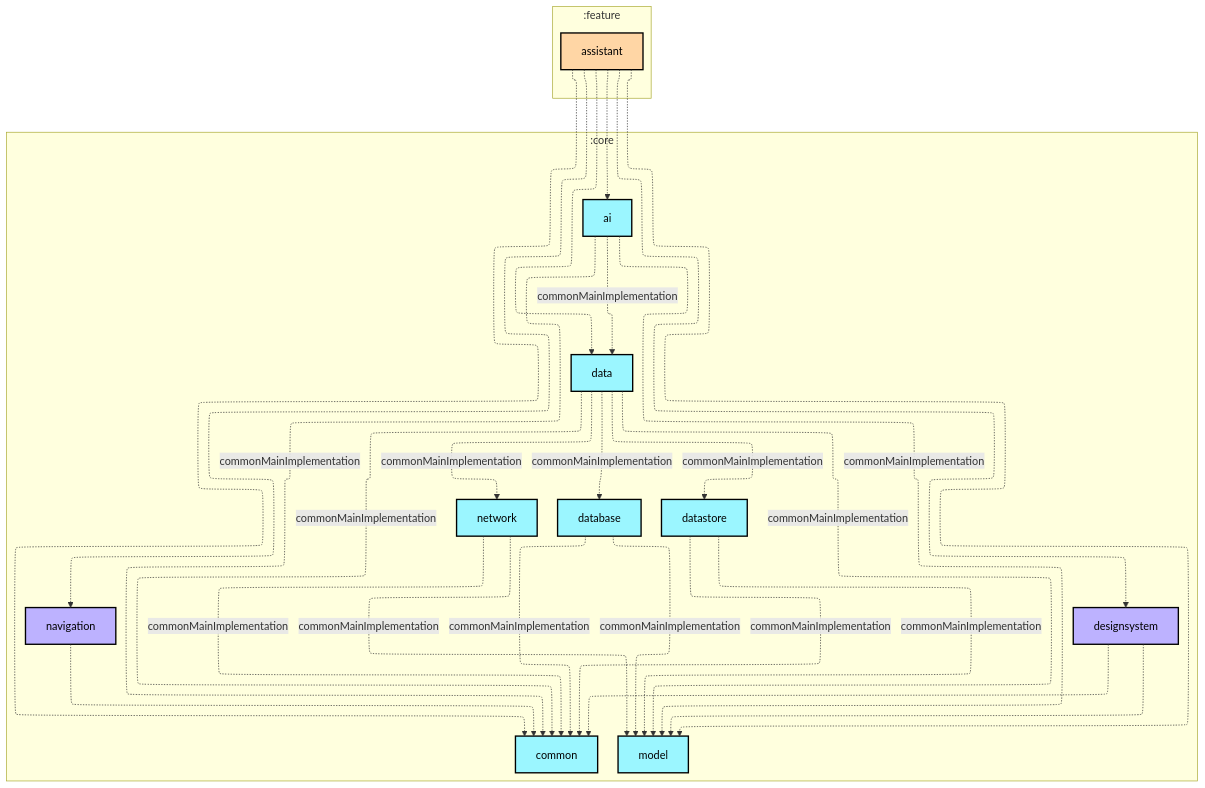
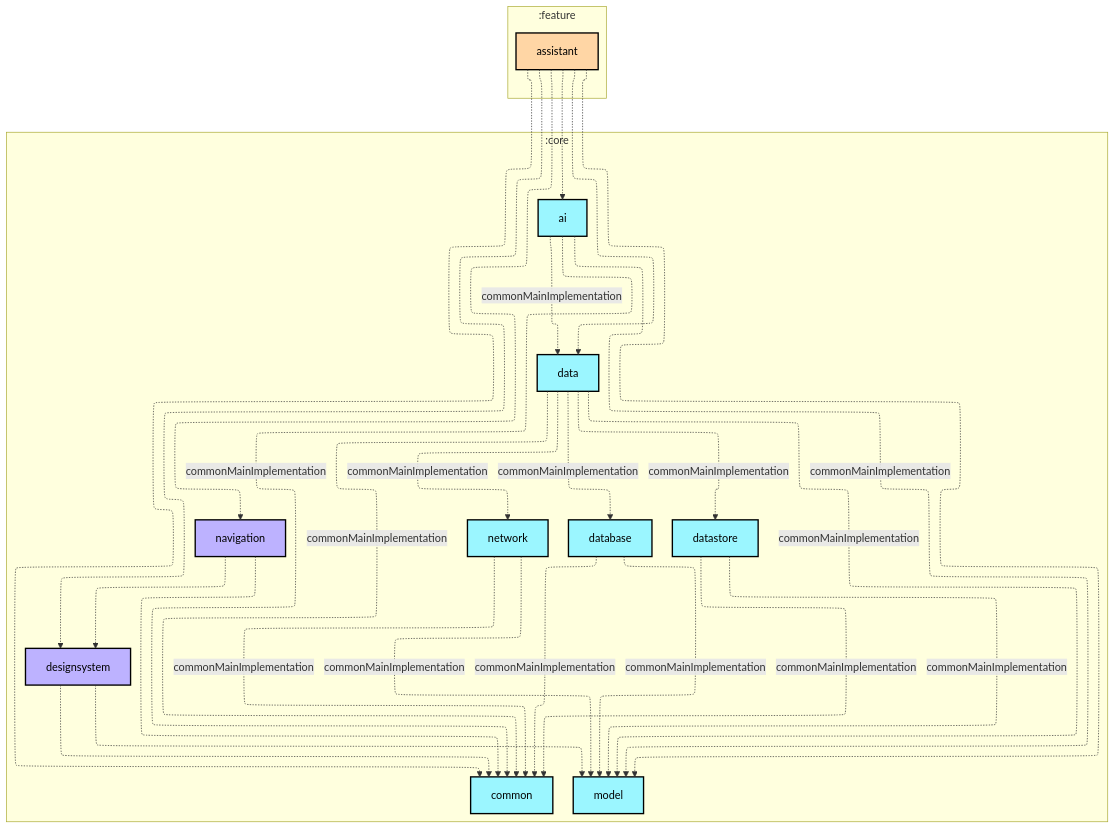
The first of 2 diagrams in feature/assistant/README.md (infinitezerone/MiniBgm), drawn with Mermaid before and after one commit. The commit also changed 8 other files, not shown here.

Commit message:
docs: sync module dependency graphs across READMEs

````diff
--- a/feature/assistant/README.md
+++ b/feature/assistant/README.md
@@ -6,55 +6,56 @@
 ```mermaid
 ---
 config:
   layout: elk
   elk:
     nodePlacementStrategy: SIMPLE
 ---
 graph TB
   subgraph :feature
     direction TB
     :feature:assistant[assistant]:::android-feature
   end
   subgraph :core
     direction TB
     :core:ai[ai]:::kmp-library
     :core:common[common]:::kmp-library
     :core:data[data]:::kmp-library
     :core:database[database]:::kmp-library
     :core:datastore[datastore]:::kmp-library
     :core:designsystem[designsystem]:::android-library
     :core:model[model]:::kmp-library
     :core:navigation[navigation]:::android-library
     :core:network[network]:::kmp-library
   end
 
   :core:ai -.->|commonMainImplementation| :core:common
   :core:ai -.->|commonMainImplementation| :core:data
   :core:ai -.->|commonMainImplementation| :core:model
   :core:data -.->|commonMainImplementation| :core:common
   :core:data -.->|commonMainImplementation| :core:database
   :core:data -.->|commonMainImplementation| :core:datastore
   :core:data -.->|commonMainImplementation| :core:model
   :core:data -.->|commonMainImplementation| :core:network
   :core:database -.->|commonMainImplementation| :core:common
   :core:database -.->|commonMainImplementation| :core:model
   :core:datastore -.->|commonMainImplementation| :core:common
   :core:datastore -.->|commonMainImplementation| :core:model
   :core:designsystem -.-> :core:common
   :core:designsystem -.-> :core:model
   :core:navigation -.-> :core:common
+  :core:navigation -.-> :core:designsystem
   :core:network -.->|commonMainImplementation| :core:common
   :core:network -.->|commonMainImplementation| :core:model
   :feature:assistant -.-> :core:ai
   :feature:assistant -.-> :core:common
   :feature:assistant -.-> :core:data
   :feature:assistant -.-> :core:designsystem
   :feature:assistant -.-> :core:model
   :feature:assistant -.-> :core:navigation
 
 classDef android-application fill:#CAFFBF,stroke:#000,stroke-width:2px,color:#000;
 classDef android-feature fill:#FFD6A5,stroke:#000,stroke-width:2px,color:#000;
 classDef kmp-library fill:#9BF6FF,stroke:#000,stroke-width:2px,color:#000;
 classDef android-library fill:#BDB2FF,stroke:#000,stroke-width:2px,color:#000;
 classDef unknown fill:#FFADAD,stroke:#000,stroke-width:2px,color:#000;
 ```
````
